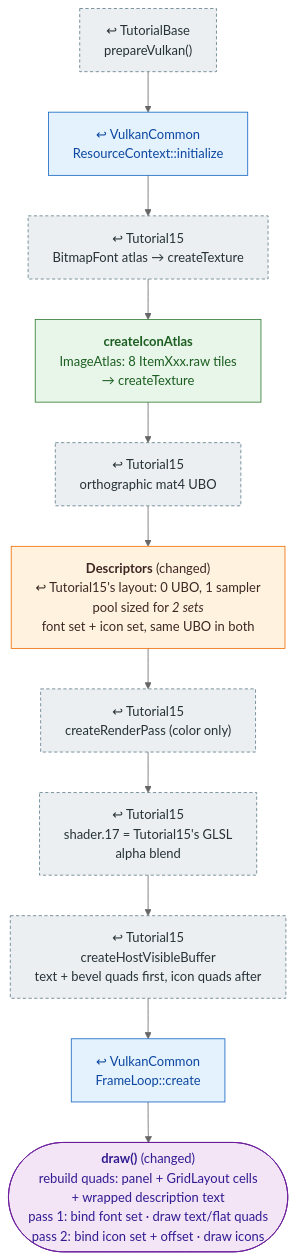
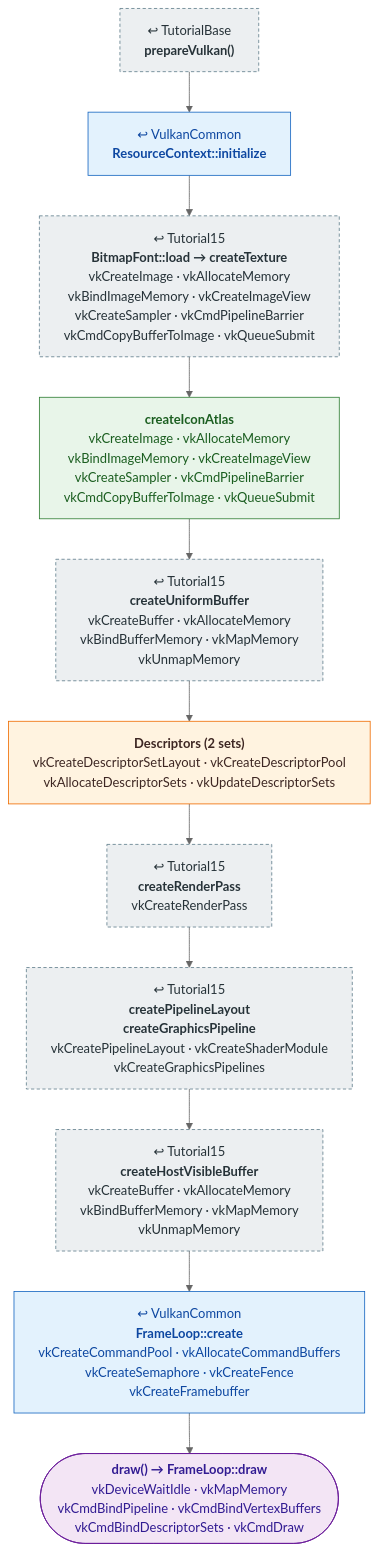
Before and after one commit to mehoggan/vulkan_graphix: the diagram in docs/pipeline/17_item_inventory.md, drawn with Mermaid (neutral theme). The commit also changed other lines of this file and 24 other files, not shown here.

First line of the commit message:
docs: label pipeline boxes with the Vulkan calls each step makes

````diff
--- a/docs/pipeline/17_item_inventory.md
+++ b/docs/pipeline/17_item_inventory.md
@@ -12,23 +12,23 @@
 ```mermaid
 %%{init: {"flowchart": {"wrappingWidth": 400}}}%%
 flowchart TD
     classDef reused fill:#eceff1,stroke:#607d8b,stroke-dasharray:4 3,color:#263238
     classDef changed fill:#fff3e0,stroke:#ef6c00,color:#3e2723
     classDef new fill:#e8f5e9,stroke:#2e7d32,color:#1b5e20
     classDef shared fill:#e3f2fd,stroke:#1565c0,color:#0d47a1
     classDef frame fill:#f3e5f5,stroke:#6a1b9a,color:#311b92
 
-    BASE["↩ TutorialBase<br/>prepareVulkan()"]:::reused
-    RC["↩ VulkanCommon<br/>ResourceContext::initialize"]:::shared
-    FONT["↩ Tutorial15<br/>BitmapFont atlas → createTexture"]:::reused
-    ICON["<b>createIconAtlas</b><br/>ImageAtlas: 8 ItemXxx.raw tiles<br/>→ createTexture"]:::new
-    UBO["↩ Tutorial15<br/>orthographic mat4 UBO"]:::reused
-    DESC["<b>Descriptors</b> (changed)<br/>↩ Tutorial15's layout: 0 UBO, 1 sampler<br/>pool sized for <i>2 sets</i><br/>font set + icon set, same UBO in both"]:::changed
-    RP["↩ Tutorial15<br/>createRenderPass (color only)"]:::reused
-    PIPE["↩ Tutorial15<br/>shader.17 = Tutorial15's GLSL<br/>alpha blend"]:::reused
-    VB["↩ Tutorial15<br/>createHostVisibleBuffer<br/>text + bevel quads first, icon quads after"]:::reused
-    FL["↩ VulkanCommon<br/>FrameLoop::create"]:::shared
-    DRAW(["<b>draw()</b> (changed)<br/>rebuild quads: panel + GridLayout cells<br/>+ wrapped description text<br/>pass 1: bind font set · draw text/flat quads<br/>pass 2: bind icon set + offset · draw icons"]):::frame
+    BASE["↩ TutorialBase<br/><b>prepareVulkan()</b>"]:::reused
+    RC["↩ VulkanCommon<br/><b>ResourceContext::initialize</b>"]:::shared
+    FONT["↩ Tutorial15<br/><b>BitmapFont::load → createTexture</b><br/>vkCreateImage  ·  vkAllocateMemory<br/>vkBindImageMemory  ·  vkCreateImageView<br/>vkCreateSampler  ·  vkCmdPipelineBarrier<br/>vkCmdCopyBufferToImage  ·  vkQueueSubmit"]:::reused
+    ICON["<b>createIconAtlas</b><br/>vkCreateImage  ·  vkAllocateMemory<br/>vkBindImageMemory  ·  vkCreateImageView<br/>vkCreateSampler  ·  vkCmdPipelineBarrier<br/>vkCmdCopyBufferToImage  ·  vkQueueSubmit"]:::new
+    UBO["↩ Tutorial15<br/><b>createUniformBuffer</b><br/>vkCreateBuffer  ·  vkAllocateMemory<br/>vkBindBufferMemory  ·  vkMapMemory<br/>vkUnmapMemory"]:::reused
+    DESC["<b>Descriptors (2 sets)</b><br/>vkCreateDescriptorSetLayout  ·  vkCreateDescriptorPool<br/>vkAllocateDescriptorSets  ·  vkUpdateDescriptorSets"]:::changed
+    RP["↩ Tutorial15<br/><b>createRenderPass</b><br/>vkCreateRenderPass"]:::reused
+    PIPE["↩ Tutorial15<br/><b>createPipelineLayout</b><br/><b>createGraphicsPipeline</b><br/>vkCreatePipelineLayout  ·  vkCreateShaderModule<br/>vkCreateGraphicsPipelines"]:::reused
+    VB["↩ Tutorial15<br/><b>createHostVisibleBuffer</b><br/>vkCreateBuffer  ·  vkAllocateMemory<br/>vkBindBufferMemory  ·  vkMapMemory<br/>vkUnmapMemory"]:::reused
+    FL["↩ VulkanCommon<br/><b>FrameLoop::create</b><br/>vkCreateCommandPool  ·  vkAllocateCommandBuffers<br/>vkCreateSemaphore  ·  vkCreateFence<br/>vkCreateFramebuffer"]:::shared
+    DRAW(["<b>draw() → FrameLoop::draw</b><br/>vkDeviceWaitIdle  ·  vkMapMemory<br/>vkCmdBindPipeline  ·  vkCmdBindVertexBuffers<br/>vkCmdBindDescriptorSets  ·  vkCmdDraw"]):::frame
 
     BASE --> RC --> FONT --> ICON --> UBO --> DESC --> RP --> PIPE --> VB --> FL --> DRAW
 ```
````
